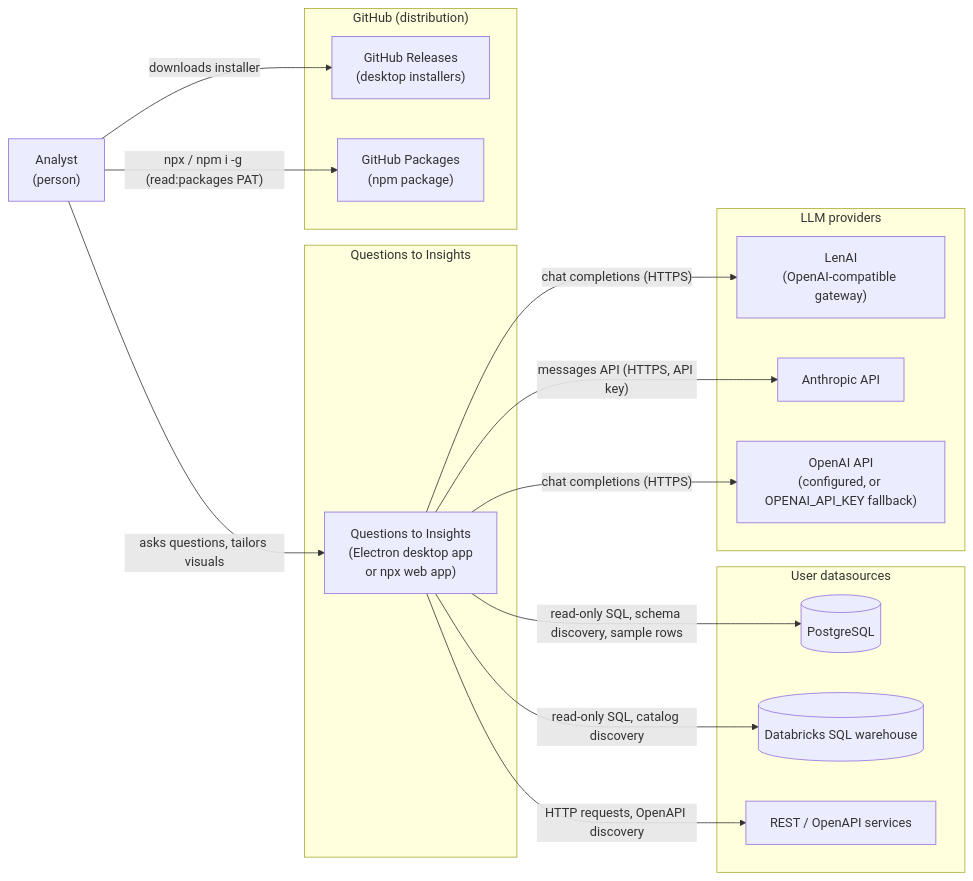
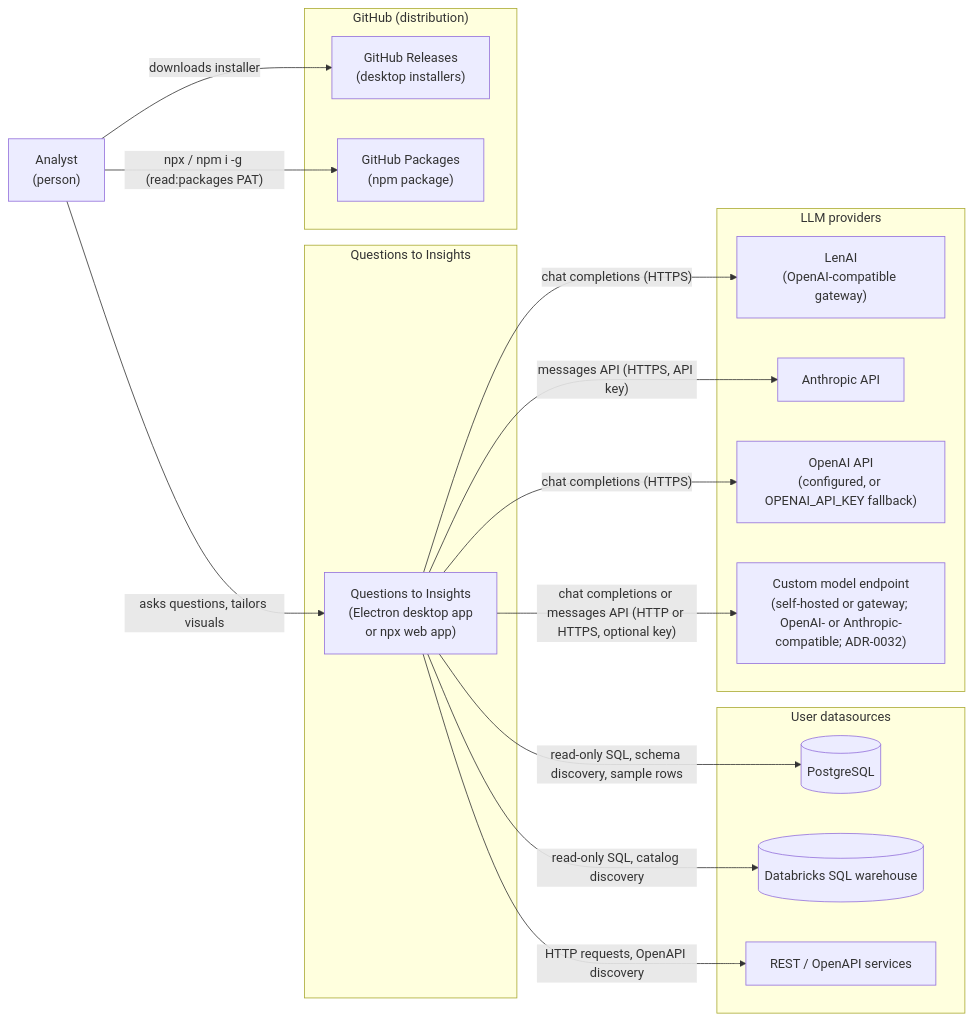
One commit to jhon-buendia-halo/bi-assistant changed the first of 5 diagrams in specs/system/architecture.md. Above: the diagram before and after it, drawn with Mermaid. The commit also changed other lines of this file and 12 other files, not shown here.

First line of the commit message:
docs(BA-281): custom LLM endpoint: roadmap, epic spec, ADR-0032 and specs

````diff
--- a/specs/system/architecture.md
+++ b/specs/system/architecture.md
@@ -20,35 +20,37 @@
 ```mermaid
 flowchart LR
   analyst["Analyst<br/>(person)"]
 
   subgraph qti["Questions to Insights"]
     system["Questions to Insights<br/>(Electron desktop app<br/>or npx web app)"]
   end
 
   subgraph sources["User datasources"]
     pg[("PostgreSQL")]
     dbx[("Databricks SQL warehouse")]
     rest["REST / OpenAPI services"]
   end
 
   subgraph llms["LLM providers"]
     lenai["LenAI<br/>(OpenAI-compatible gateway)"]
     anthropic["Anthropic API"]
     openai["OpenAI API<br/>(configured, or OPENAI_API_KEY fallback)"]
+    custom["Custom model endpoint<br/>(self-hosted or gateway; OpenAI- or Anthropic-compatible; ADR-0032)"]
   end
 
   subgraph gh["GitHub (distribution)"]
     releases["GitHub Releases<br/>(desktop installers)"]
     packages["GitHub Packages<br/>(npm package)"]
   end
 
   analyst -->|"asks questions, tailors visuals"| system
   analyst -->|"downloads installer"| releases
   analyst -->|"npx / npm i -g (read:packages PAT)"| packages
   system -->|"read-only SQL, schema discovery, sample rows"| pg
   system -->|"read-only SQL, catalog discovery"| dbx
   system -->|"HTTP requests, OpenAPI discovery"| rest
   system -->|"chat completions (HTTPS)"| lenai
   system -->|"messages API (HTTPS, API key)"| anthropic
   system -->|"chat completions (HTTPS)"| openai
+  system -->|"chat completions or messages API (HTTP or HTTPS, optional key)"| custom
 ```
````
